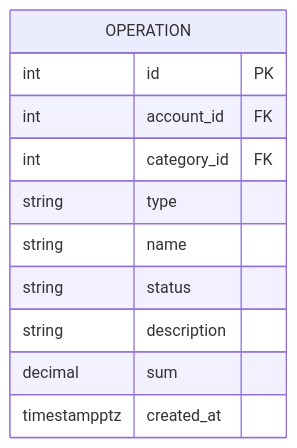
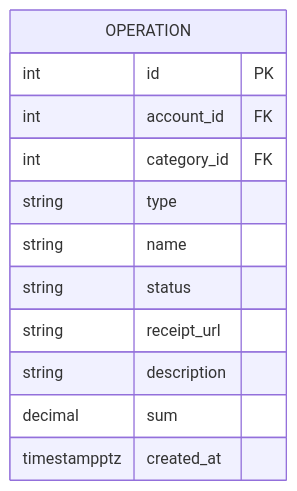
The seventh of 12 diagrams in db/normalized/relations.md (go-park-mail-ru/2025_2_VKarmane), drawn with Mermaid before and after one commit. The commit also changed other lines of this file and 2 other files, not shown here.

Commit message:
receipt_url added

````diff
--- a/db/normalized/relations.md
+++ b/db/normalized/relations.md
@@ -181,15 +181,16 @@
 ```mermaid
 erDiagram
 
   OPERATION{
         int id PK
         int account_id FK
         int category_id FK
         string type
         string name
         string status
+        string receipt_url
         string description
         decimal sum
         timestampptz created_at
     }
 ```
````
